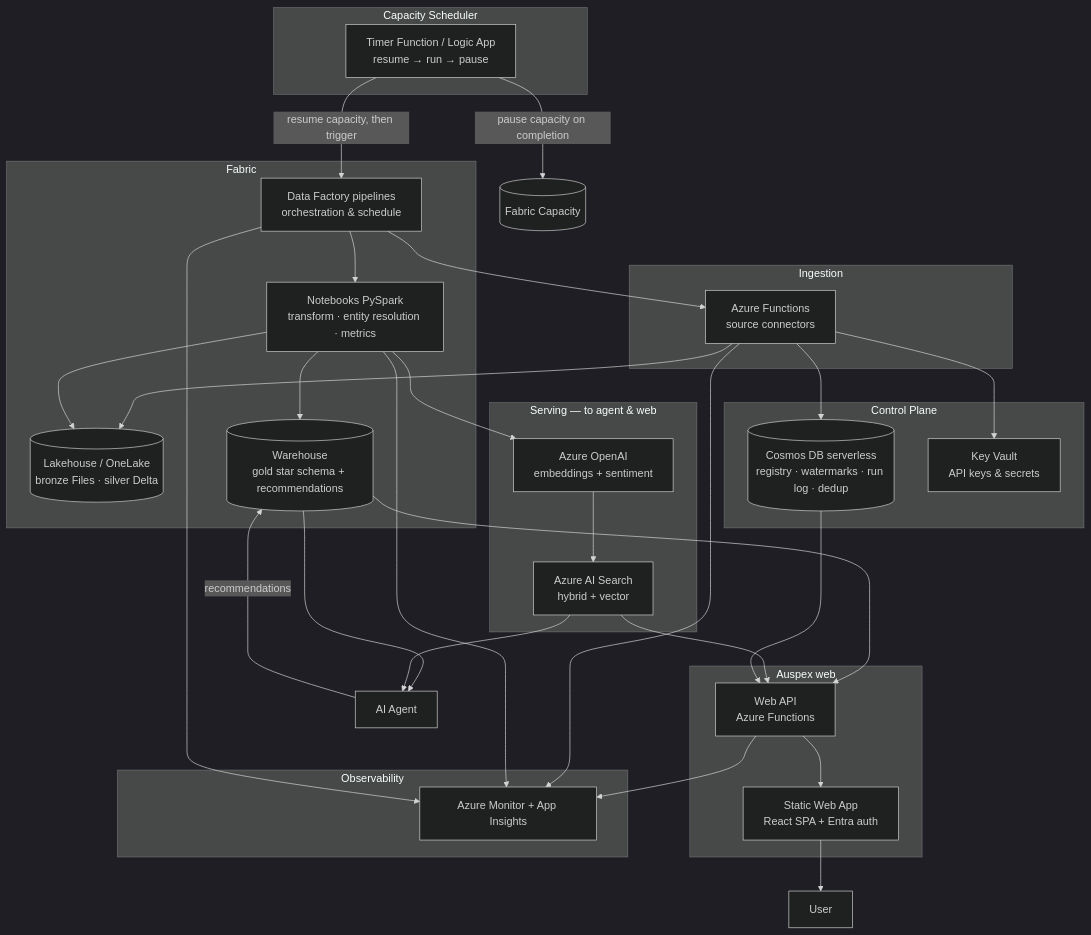
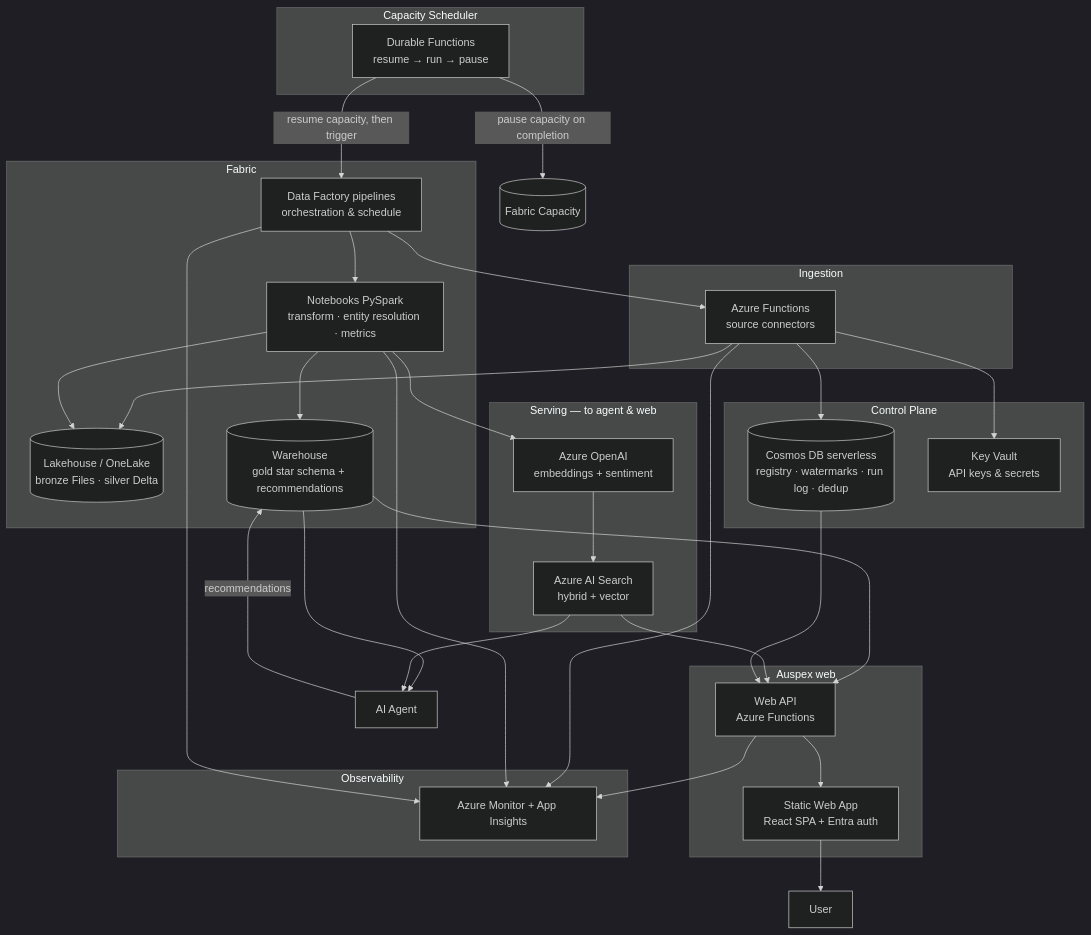
One commit to francesco-sodano/auspex changed the second of 4 diagrams in doc/arc42-auspex.md. Above: the diagram before and after it, drawn with Mermaid (dark theme). The commit also changed other lines of this file and 26 other files, not shown here.

````diff
--- a/doc/arc42-auspex.md
+++ b/doc/arc42-auspex.md
@@ -253,53 +259,53 @@
 ```mermaid
 flowchart TB
   subgraph Ingestion
     FUNC[Azure Functions<br/>source connectors]
   end
   subgraph Control Plane
     COSMOS[(Cosmos DB serverless<br/>registry · watermarks · run log · dedup)]
     KV[Key Vault<br/>API keys & secrets]
   end
   subgraph Fabric
     PIPE[Data Factory pipelines<br/>orchestration & schedule]
     LH[(Lakehouse / OneLake<br/>bronze Files · silver Delta)]
     NB[Notebooks PySpark<br/>transform · entity resolution · metrics]
     WH[(Warehouse<br/>gold star schema + recommendations)]
   end
   subgraph Serving["Serving — to agent & web"]
     AIS[Azure AI Search<br/>hybrid + vector]
     AOAI[Azure OpenAI<br/>embeddings + sentiment]
   end
   subgraph Web["Auspex web"]
     API[Web API<br/>Azure Functions]
     WEB[Static Web App<br/>React SPA + Entra auth]
   end
   subgraph Scheduler["Capacity Scheduler"]
-    SCHED[Timer Function / Logic App<br/>resume → run → pause]
+    SCHED[Durable Functions<br/>resume → run → pause]
   end
   subgraph Observability
     MON[Azure Monitor + App Insights]
   end
 
   SCHED -->|resume capacity, then trigger| PIPE
   SCHED -->|pause capacity on completion| FAB2[(Fabric Capacity)]
   PIPE --> FUNC
   FUNC --> LH
   FUNC --> COSMOS
   FUNC --> KV
   PIPE --> NB
   NB --> LH
   NB --> WH
   NB --> AOAI --> AIS
   WH --> AGENT[AI Agent]
   AIS --> AGENT
   AGENT -->|recommendations| WH
   WH --> API
   AIS --> API
   COSMOS --> API
   API --> WEB
   WEB --> USER[User]
   FUNC --> MON
   NB --> MON
   PIPE --> MON
   API --> MON
 ```
````
